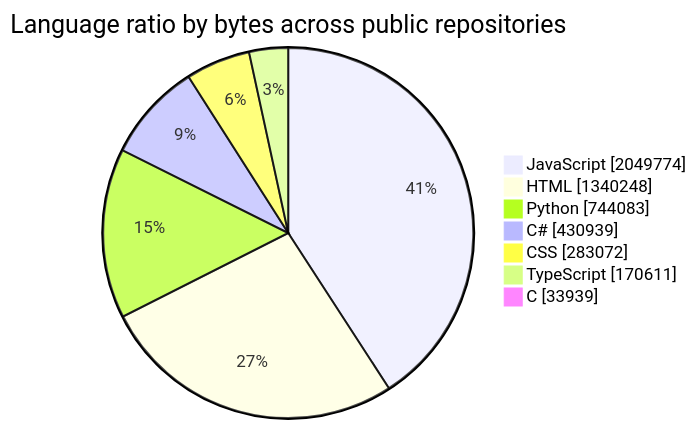
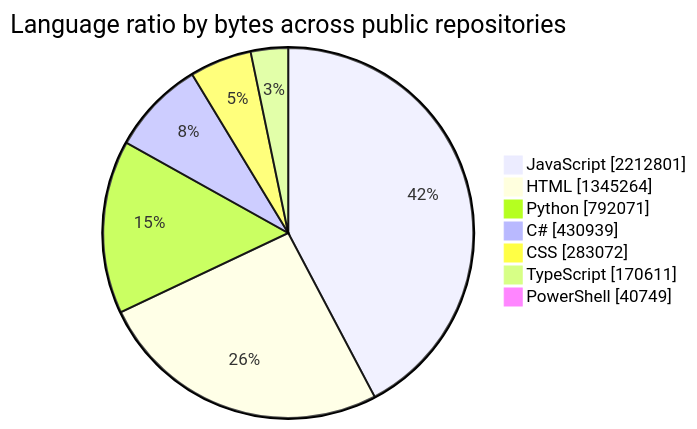
Before and after one commit to tchinso/tchinso: the first of 2 diagrams in README.md, drawn with Mermaid. The commit also changed other lines of this file, not shown here.

````diff
--- a/README.md
+++ b/README.md
@@ -24,11 +24,11 @@
 ```mermaid
 pie showData
     title Language ratio by bytes across public repositories
-    "JavaScript" : 2049774
-    "HTML" : 1340248
-    "Python" : 744083
+    "JavaScript" : 2212801
+    "HTML" : 1345264
+    "Python" : 792071
     "C#" : 430939
     "CSS" : 283072
     "TypeScript" : 170611
-    "C" : 33939
+    "PowerShell" : 40749
 ```
````
